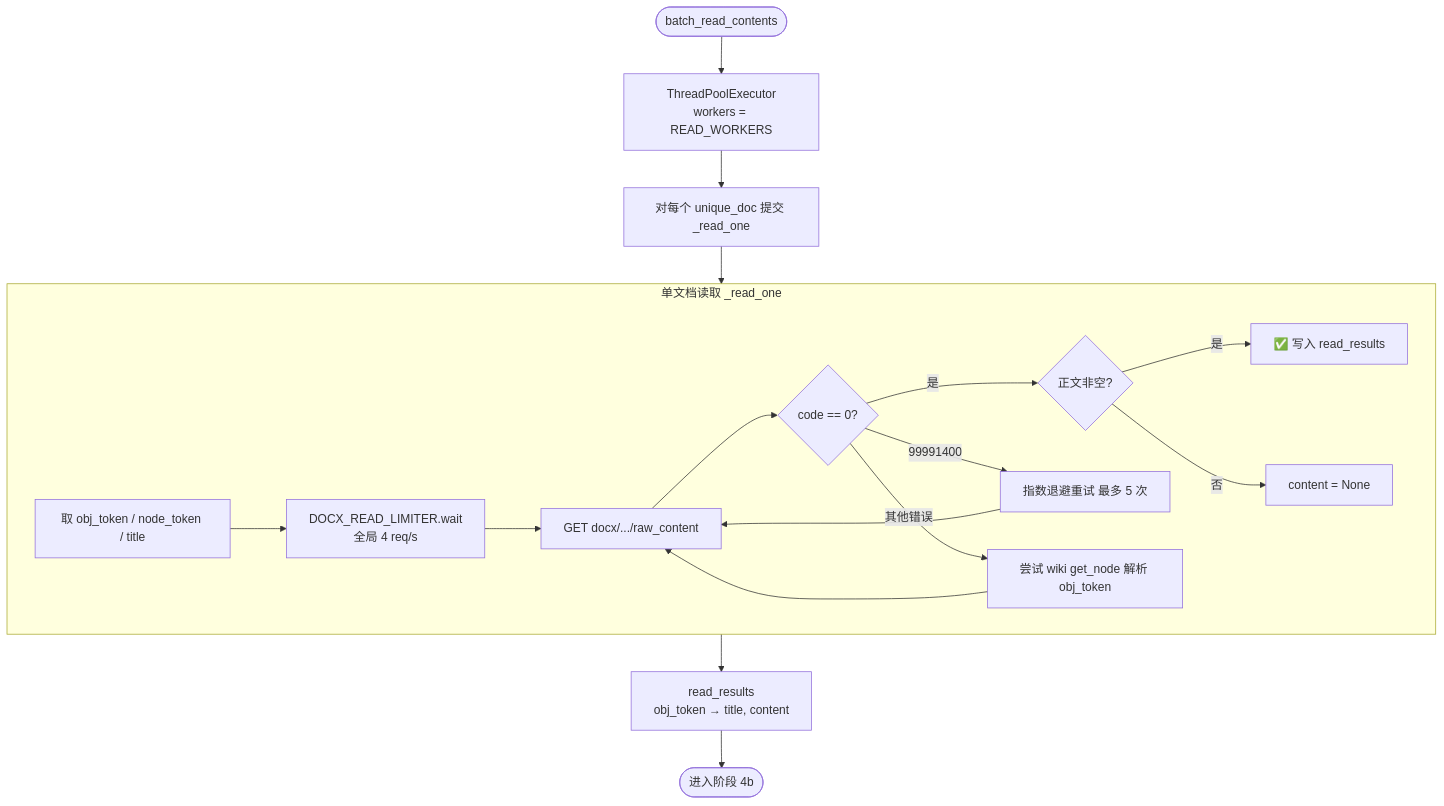
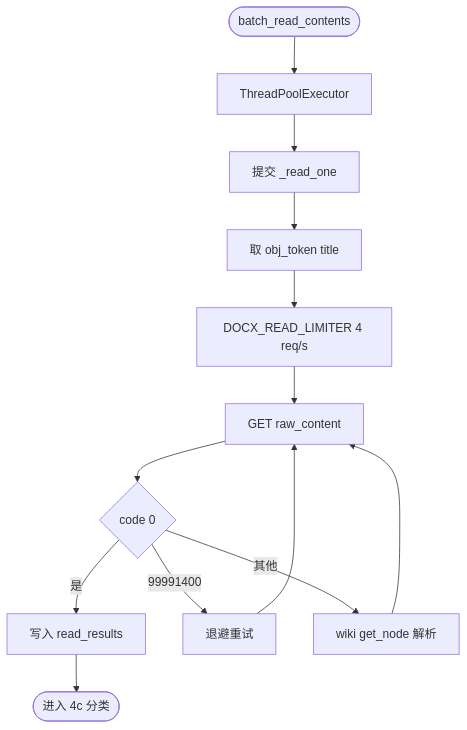
The sixth of 11 diagrams in docs/AI_DocClassifier说明文档.md (Leonard49/AI_DocClassifier), drawn with Mermaid before and after one commit. The commit also changed other lines of this file and 1 other file, not shown here.

First line of the commit message:
Fix Mermaid flowcharts in docs and enable preview in workspace settings.

````diff
--- a/docs/AI_DocClassifier说明文档.md
+++ b/docs/AI_DocClassifier说明文档.md
@@ -665,23 +697,15 @@
 ```mermaid
 flowchart TD
-    R0([batch_read_contents]) --> R1[ThreadPoolExecutor<br/>workers = READ_WORKERS]
-    R1 --> R2[对每个 unique_doc 提交 _read_one]
-
-    subgraph READ_ONE["单文档读取 _read_one"]
-        R3[取 obj_token / node_token / title]
-        R3 --> R4[DOCX_READ_LIMITER.wait<br/>全局 4 req/s]
-        R4 --> R5[GET docx/.../raw_content]
-        R5 --> R6{code == 0?}
-        R6 -->|是| R6O{正文非空?}
-        R6O -->|是| R7[✅ 写入 read_results]
-        R6O -->|否| R7E[content = None]
-        R6 -->|99991400| R8[指数退避重试 最多 5 次]
-        R8 --> R5
-        R6 -->|其他错误| R9[尝试 wiki get_node 解析 obj_token]
-        R9 --> R5
-    end
-
-    R2 --> READ_ONE
-    READ_ONE --> R10[read_results<br/>obj_token → title, content]
-    R10 --> R11([进入阶段 4b])
+    R0([batch_read_contents]) --> R1[ThreadPoolExecutor]
+    R1 --> R2[提交 _read_one]
+    R2 --> R3[取 obj_token title]
+    R3 --> R4[DOCX_READ_LIMITER 4 req/s]
+    R4 --> R5[GET raw_content]
+    R5 --> R6{code 0}
+    R6 -->|是| R7[写入 read_results]
+    R6 -->|99991400| R8[退避重试]
+    R8 --> R5
+    R6 -->|其他| R9[wiki get_node 解析]
+    R9 --> R5
+    R7 --> R10([进入 4c 分类])
 ```
````
